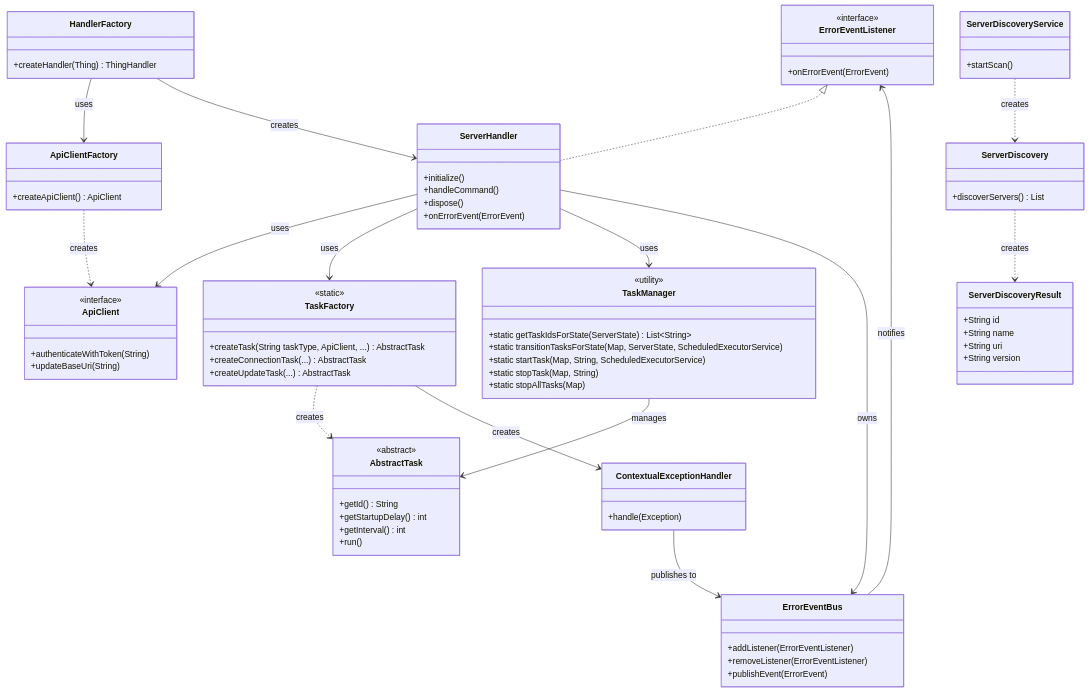
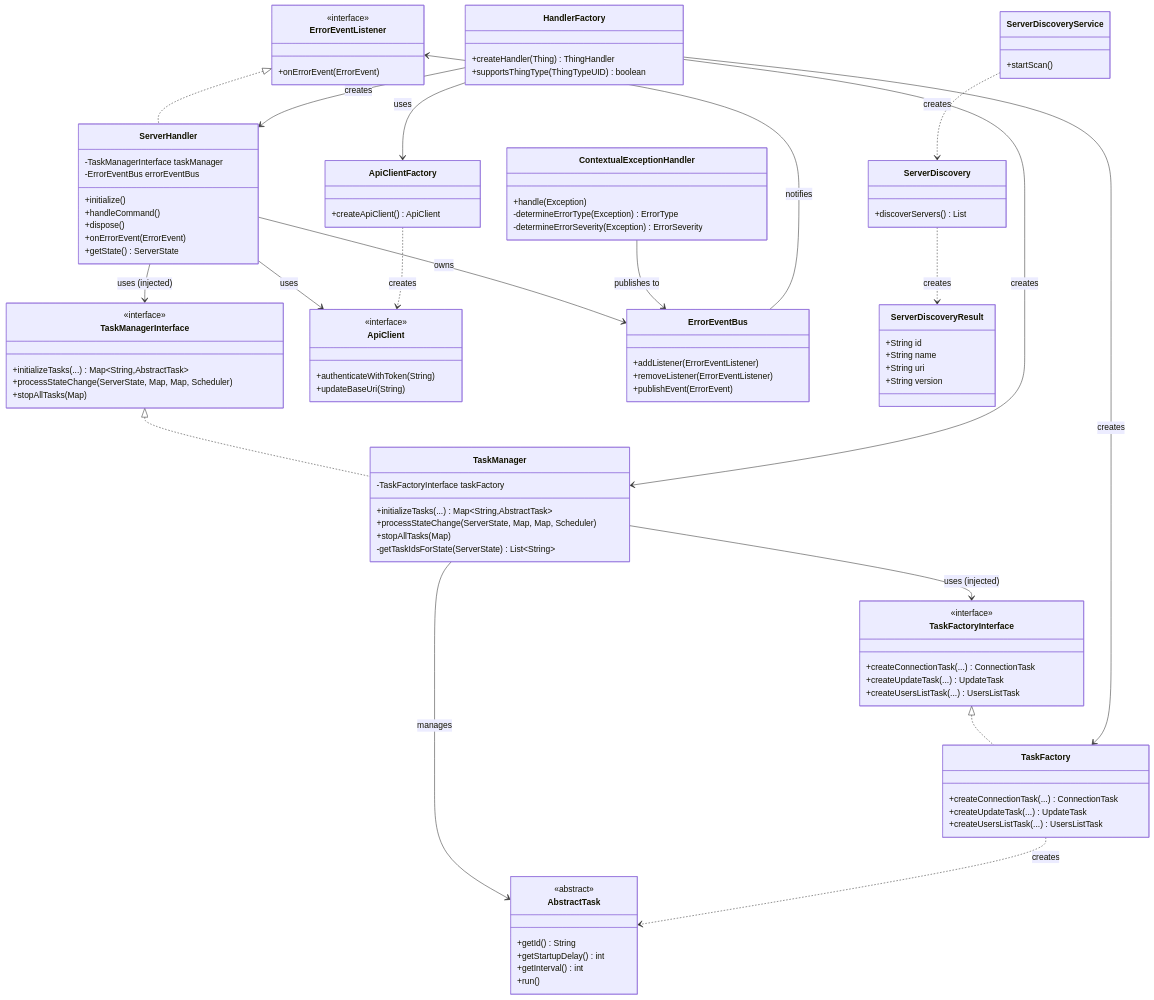
Before and after one commit to openhab/openhab-addons: the diagram in bundles/org.openhab.binding.jellyfin/CONTRIBUTION.md, drawn with Mermaid. The commit also changed other lines of this file and 6 other files, not shown here.

````diff
--- a/bundles/org.openhab.binding.jellyfin/CONTRIBUTION.md
+++ b/bundles/org.openhab.binding.jellyfin/CONTRIBUTION.md
@@ -10,42 +10,70 @@
 classDiagram
     %% Interface implementations
     ErrorEventListener <|.. ServerHandler
+    TaskManagerInterface <|.. TaskManager
+    TaskFactoryInterface <|.. TaskFactory
     
-    %% Class dependencies and usage relationships
+    %% Dependency injection relationships (clean architecture)
     HandlerFactory --> ApiClientFactory : uses
+    HandlerFactory --> TaskFactory : creates
+    HandlerFactory --> TaskManager : creates  
+    HandlerFactory --> ServerHandler : creates
     ServerHandler --> ApiClient : uses
-    ServerHandler --> TaskFactory : uses
-    ServerHandler --> TaskManager : uses
+    ServerHandler --> TaskManagerInterface : uses (injected)
     ServerHandler --> ErrorEventBus : owns
+    TaskManager --> TaskFactoryInterface : uses (injected)
+    TaskManager --> AbstractTask : manages
+    TaskFactory ..> AbstractTask : creates
+    
+    %% Event-driven error handling (Observer pattern)
     ServerDiscoveryService ..> ServerDiscovery : creates
-    TaskFactory ..> AbstractTask : creates
-    TaskManager --> AbstractTask : manages
     ServerDiscovery ..> ServerDiscoveryResult : creates
     ApiClientFactory ..> ApiClient : creates
-    HandlerFactory --> ServerHandler : creates
     ContextualExceptionHandler --> ErrorEventBus : publishes to
     ErrorEventBus --> ErrorEventListener : notifies
-    TaskFactory --> ContextualExceptionHandler : creates
     
     %% Class definitions with key attributes and methods
     class HandlerFactory {
         +createHandler(Thing) ThingHandler
+        +supportsThingType(ThingTypeUID) boolean
     }
     
     class ServerHandler {
+        -TaskManagerInterface taskManager
+        -ErrorEventBus errorEventBus
         +initialize()
         +handleCommand()
         +dispose()
         +onErrorEvent(ErrorEvent)
+        +getState() ServerState
+    }
+    
+    class TaskManagerInterface {
+        <<interface>>
+        +initializeTasks(...) Map~String,AbstractTask~
+        +processStateChange(ServerState, Map, Map, Scheduler)
+        +stopAllTasks(Map)
     }
     
     class TaskManager {
-        <<utility>>
-        +static getTaskIdsForState(ServerState) List~String~
-        +static transitionTasksForState(Map, ServerState, ScheduledExecutorService)
-        +static startTask(Map, String, ScheduledExecutorService)
-        +static stopTask(Map, String)
-        +static stopAllTasks(Map)
+        -TaskFactoryInterface taskFactory
+        +initializeTasks(...) Map~String,AbstractTask~
+        +processStateChange(ServerState, Map, Map, Scheduler)
+        +stopAllTasks(Map)
+        -getTaskIdsForState(ServerState) List~String~
+    }
+    
+    class TaskFactoryInterface {
+        <<interface>>
+        +createConnectionTask(...) ConnectionTask
+        +createUpdateTask(...) UpdateTask
+        +createUsersListTask(...) UsersListTask
+    }
+    
+    class TaskFactory {
+        +createConnectionTask(...) ConnectionTask
+        +createUpdateTask(...) UpdateTask
+        +createUsersListTask(...) UsersListTask
     }
     
     class ApiClientFactory {
@@ -74,13 +102,6 @@
         +run()
     }
     
-    class TaskFactory {
-        <<static>>
-        +createTask(String taskType, ApiClient, ...) AbstractTask
-        +createConnectionTask(...) AbstractTask
-        +createUpdateTask(...) AbstractTask
-    }
-    
     class ServerDiscoveryResult {
         +String id
         +String name
@@ -101,5 +122,7 @@
     
     class ContextualExceptionHandler {
         +handle(Exception)
+        -determineErrorType(Exception) ErrorType
+        -determineErrorSeverity(Exception) ErrorSeverity
     }
 ```
````
